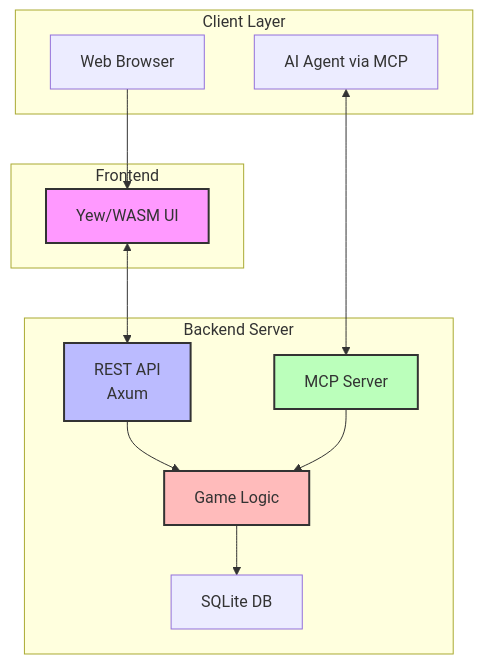
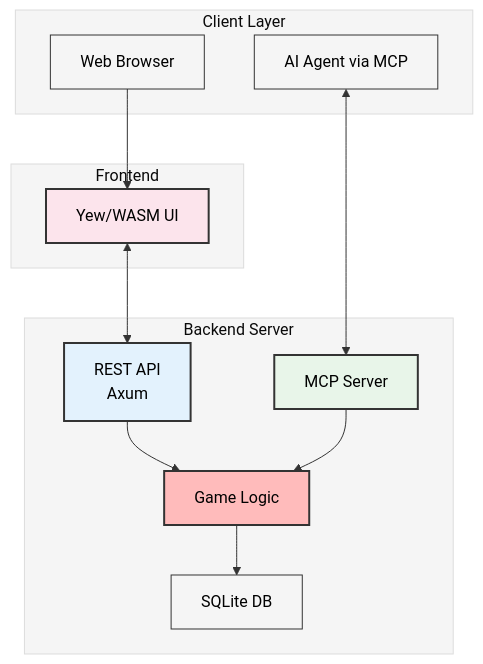
Before and after one commit to sw-game-dev/game-mcp-poc: the diagram in wiki/Home.md, drawn with Mermaid. The commit also changed 6 other files, not shown here.

First line of the commit message:
fix: Improve mermaid diagram contrast with theme and lighter colors

````diff
--- a/wiki/Home.md
+++ b/wiki/Home.md
@@ -31,30 +31,31 @@
 ```mermaid
+%%{init: {'theme':'base', 'themeVariables': {'primaryColor':'#f5f5f5','primaryTextColor':'#000','primaryBorderColor':'#333','lineColor':'#333','secondaryColor':'#f5f5f5','tertiaryColor':'#f5f5f5'}}}%%
 graph TB
     subgraph "Client Layer"
         Browser[Web Browser]
         AI[AI Agent via MCP]
     end
 
     subgraph "Frontend"
         WASM[Yew/WASM UI]
     end
 
     subgraph "Backend Server"
         REST[REST API<br/>Axum]
         MCP[MCP Server]
         Logic[Game Logic]
         DB[SQLite DB]
     end
 
     Browser --> WASM
     WASM <--> REST
     AI <--> MCP
     REST --> Logic
     MCP --> Logic
     Logic --> DB
 
-    style WASM fill:#f9f,stroke:#333,stroke-width:2px
-    style REST fill:#bbf,stroke:#333,stroke-width:2px
-    style MCP fill:#bfb,stroke:#333,stroke-width:2px
+    style WASM fill:#fce4ec,stroke:#333,stroke-width:2px
+    style REST fill:#e3f2fd,stroke:#333,stroke-width:2px
+    style MCP fill:#e8f5e9,stroke:#333,stroke-width:2px
     style Logic fill:#fbb,stroke:#333,stroke-width:2px
 ```
````
